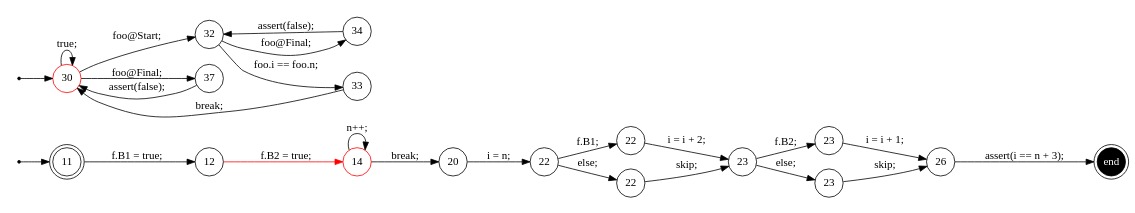
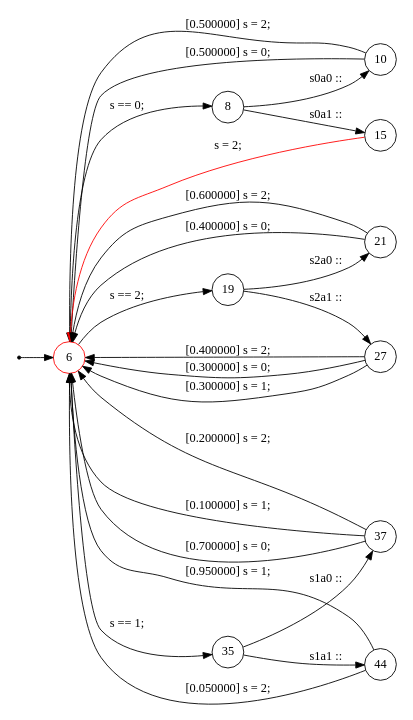
One commit to samilazregsuidi/Daedalux changed the diagram in trace/3.dot. Above: the diagram before and after it, drawn with Graphviz. The commit also changed 277 other files, not shown here.

```diff
--- a/trace/3.dot
+++ b/trace/3.dot
@@ -1,48 +1,39 @@
 digraph finite_state_machine {
 	rankdir=LR
 	size="8,5"
-	93824993311008 [label = 11, shape = doublecircle, fixedsize = true]; 
-	s93824993311008 [shape = point];
-	93824993307216 [label = 30, shape = doublecircle, color = red, fixedsize = true]; 
-	s93824993307216 [shape = point];
-	e93824993306544 [shape = doublecircle, fixedsize = true, style = filled, fillcolor = black, fontcolor = white,  label = end];
-	 93824993312480 [label = 12, shape = circle, fixedsize = true ];
-	 93824993302560 [label = 14, shape = circle, color = red, fixedsize = true ];
-	 93824993303360 [label = 20, shape = circle, fixedsize = true ];
-	 93824993303680 [label = 22, shape = circle, fixedsize = true ];
-	 93824993304480 [label = 22, shape = circle, fixedsize = true ];
-	 93824993305200 [label = 22, shape = circle, fixedsize = true ];
-	 93824993304992 [label = 23, shape = circle, fixedsize = true ];
-	 93824993306032 [label = 23, shape = circle, fixedsize = true ];
-	 93824993306752 [label = 23, shape = circle, fixedsize = true ];
-	 93824993306544 [label = 26, shape = circle, fixedsize = true ];
-	 93824993307216 [label = 30, shape = circle, color = red, fixedsize = true ];
-	 93824993307984 [label = 32, shape = circle, fixedsize = true ];
-	 93824993308816 [label = 33, shape = circle, fixedsize = true ];
-	 93824993309536 [label = 34, shape = circle, fixedsize = true ];
-	 93824993310048 [label = 37, shape = circle, fixedsize = true ];
-	s93824993311008 -> 93824993311008;
-	s93824993307216 -> 93824993307216;
-	93824993311008 -> 93824993312480 [ label = "f.B1 = true; "];
-	93824993312480 -> 93824993302560 [color = red, label = "f.B2 = true; "];
-	93824993302560 -> 93824993303360 [ label = "break; "];
-	93824993302560 -> 93824993302560 [ label = "n++; "];
-	93824993303360 -> 93824993303680 [ label = "i = n; "];
-	93824993303680 -> 93824993304480 [ label = "f.B1; "];
-	93824993304480 -> 93824993304992 [ label = "i = i + 2; "];
-	93824993303680 -> 93824993305200 [ label = "else; "];
-	93824993305200 -> 93824993304992 [ label = "skip; "];
-	93824993304992 -> 93824993306032 [ label = "f.B2; "];
-	93824993306032 -> 93824993306544 [ label = "i = i + 1; "];
-	93824993304992 -> 93824993306752 [ label = "else; "];
-	93824993306752 -> 93824993306544 [ label = "skip; "];
-	93824993306544 -> e93824993306544 [ label = "assert(i == n + 3); "];
-	93824993307216 -> 93824993307984 [ label = "foo@Start; "];
-	93824993307984 -> 93824993308816 [ label = "foo.i == foo.n; "];
-	93824993308816 -> 93824993307216 [ label = "break; "];
-	93824993307984 -> 93824993309536 [ label = "foo@Final; "];
-	93824993309536 -> 93824993307984 [ label = "assert(false); "];
-	93824993307216 -> 93824993310048 [ label = "foo@Final; "];
-	93824993310048 -> 93824993307216 [ label = "assert(false); "];
-	93824993307216 -> 93824993307216 [ label = "true; "];
+	93824993319552 [label = 6, shape = doublecircle, color = red, fixedsize = true]; 
+	s93824993319552 [shape = point];
+	 93824993319552 [label = 6, shape = circle, color = red, fixedsize = true ];
+	 93824993310416 [label = 8, shape = circle, fixedsize = true ];
+	 93824993310976 [label = 10, shape = circle, fixedsize = true ];
+	 93824993312496 [label = 15, shape = circle, fixedsize = true ];
+	 93824993312944 [label = 19, shape = circle, fixedsize = true ];
+	 93824993313712 [label = 21, shape = circle, fixedsize = true ];
+	 93824993315232 [label = 27, shape = circle, fixedsize = true ];
+	 93824993316688 [label = 35, shape = circle, fixedsize = true ];
+	 93824993317632 [label = 37, shape = circle, fixedsize = true ];
+	 93824993325184 [label = 44, shape = circle, fixedsize = true ];
+	s93824993319552 -> 93824993319552;
+	93824993319552 -> 93824993310416 [ label = "s == 0; "];
+	93824993310416 -> 93824993310976 [ label = "s0a0 :: "];
+	93824993310976 -> 93824993319552 [ label = " [0.500000] s = 0; "];
+	93824993310976 -> 93824993319552 [ label = " [0.500000] s = 2; "];
+	93824993310416 -> 93824993312496 [ label = "s0a1 :: "];
+	93824993312496 -> 93824993319552 [color = red, label = "s = 2; "];
+	93824993319552 -> 93824993312944 [ label = "s == 2; "];
+	93824993312944 -> 93824993313712 [ label = "s2a0 :: "];
+	93824993313712 -> 93824993319552 [ label = " [0.400000] s = 0; "];
+	93824993313712 -> 93824993319552 [ label = " [0.600000] s = 2; "];
+	93824993312944 -> 93824993315232 [ label = "s2a1 :: "];
+	93824993315232 -> 93824993319552 [ label = " [0.400000] s = 2; "];
+	93824993315232 -> 93824993319552 [ label = " [0.300000] s = 0; "];
+	93824993315232 -> 93824993319552 [ label = " [0.300000] s = 1; "];
+	93824993319552 -> 93824993316688 [ label = "s == 1; "];
+	93824993316688 -> 93824993317632 [ label = "s1a0 :: "];
+	93824993317632 -> 93824993319552 [ label = " [0.100000] s = 1; "];
+	93824993317632 -> 93824993319552 [ label = " [0.700000] s = 0; "];
+	93824993317632 -> 93824993319552 [ label = " [0.200000] s = 2; "];
+	93824993316688 -> 93824993325184 [ label = "s1a1 :: "];
+	93824993325184 -> 93824993319552 [ label = " [0.950000] s = 1; "];
+	93824993325184 -> 93824993319552 [ label = " [0.050000] s = 2; "];
 }
```
